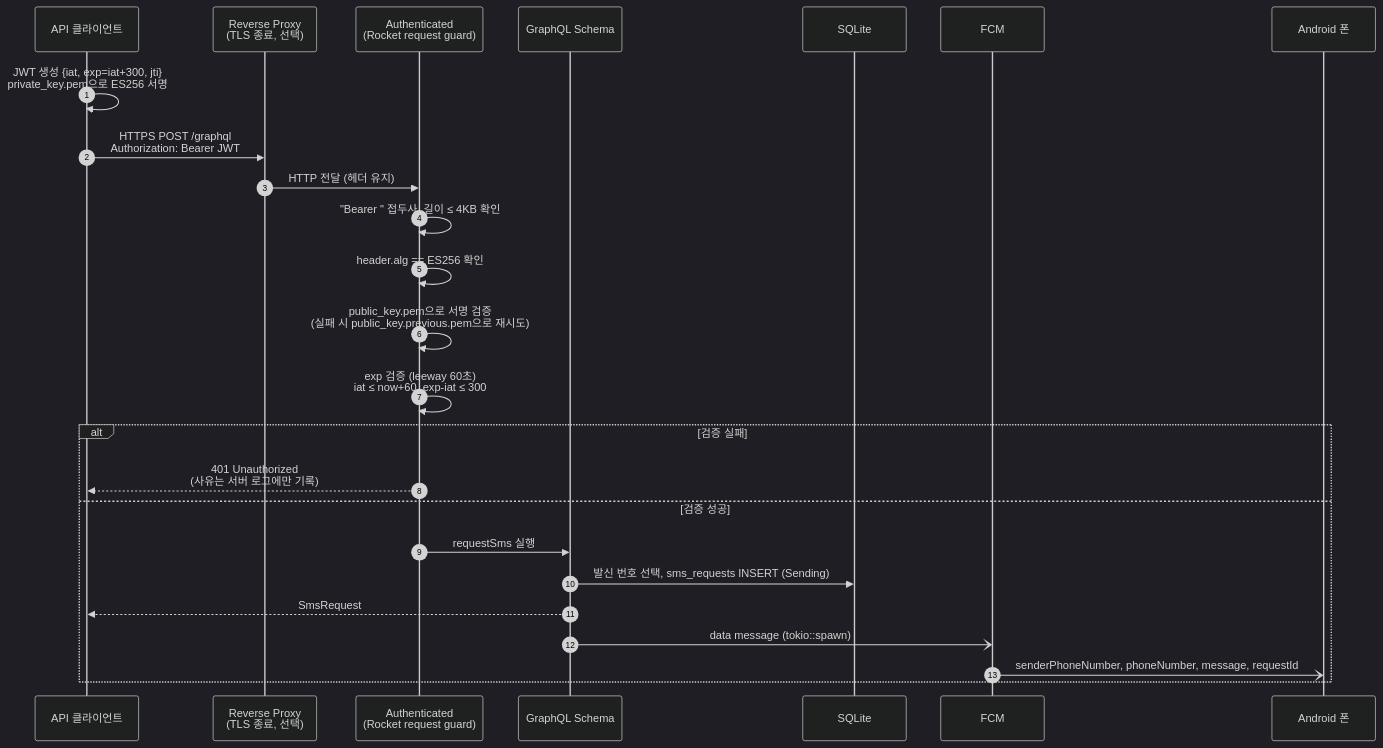
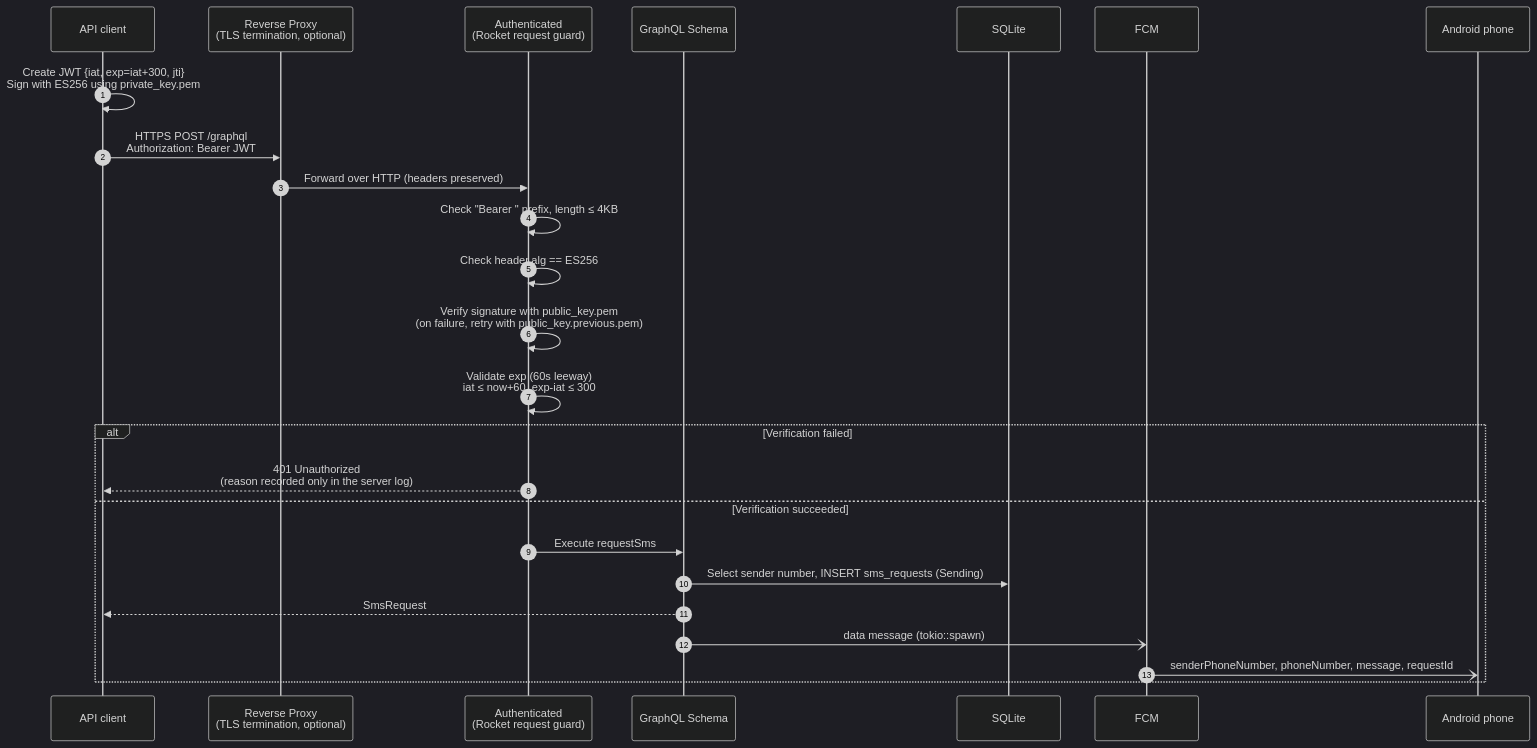
Before and after one commit to rouddy/sms_transmitter: the second of 4 diagrams in sms_transmitter_rocket/jwt_certificate.md, drawn with Mermaid (dark theme). The commit also changed other lines of this file and 3 other files, not shown here.

````diff
--- a/sms_transmitter_rocket/jwt_certificate.md
+++ b/sms_transmitter_rocket/jwt_certificate.md
@@ -89,30 +89,30 @@
 ```mermaid
 sequenceDiagram
     autonumber
-    participant Client as API 클라이언트
-    participant Proxy as Reverse Proxy<br/>(TLS 종료, 선택)
+    participant Client as API client
+    participant Proxy as Reverse Proxy<br/>(TLS termination, optional)
     participant Guard as Authenticated<br/>(Rocket request guard)
     participant Schema as GraphQL Schema
     participant DB as SQLite
     participant FCM as FCM
-    participant Phone as Android 폰
+    participant Phone as Android phone
 
-    Client->>Client: JWT 생성 {iat, exp=iat+300, jti}<br/>private_key.pem으로 ES256 서명
+    Client->>Client: Create JWT {iat, exp=iat+300, jti}<br/>Sign with ES256 using private_key.pem
     Client->>Proxy: HTTPS POST /graphql<br/>Authorization: Bearer JWT
-    Proxy->>Guard: HTTP 전달 (헤더 유지)
+    Proxy->>Guard: Forward over HTTP (headers preserved)
 
-    Guard->>Guard: "Bearer " 접두사, 길이 ≤ 4KB 확인
-    Guard->>Guard: header.alg == ES256 확인
-    Guard->>Guard: public_key.pem으로 서명 검증<br/>(실패 시 public_key.previous.pem으로 재시도)
-    Guard->>Guard: exp 검증 (leeway 60초)<br/>iat ≤ now+60, exp-iat ≤ 300
+    Guard->>Guard: Check "Bearer " prefix, length ≤ 4KB
+    Guard->>Guard: Check header.alg == ES256
+    Guard->>Guard: Verify signature with public_key.pem<br/>(on failure, retry with public_key.previous.pem)
+    Guard->>Guard: Validate exp (60s leeway)<br/>iat ≤ now+60, exp-iat ≤ 300
 
-    alt 검증 실패
-        Guard-->>Client: 401 Unauthorized<br/>(사유는 서버 로그에만 기록)
-    else 검증 성공
-        Guard->>Schema: requestSms 실행
-        Schema->>DB: 발신 번호 선택, sms_requests INSERT (Sending)
+    alt Verification failed
+        Guard-->>Client: 401 Unauthorized<br/>(reason recorded only in the server log)
+    else Verification succeeded
+        Guard->>Schema: Execute requestSms
+        Schema->>DB: Select sender number, INSERT sms_requests (Sending)
         Schema-->>Client: SmsRequest
         Schema-)FCM: data message (tokio::spawn)
         FCM-)Phone: senderPhoneNumber, phoneNumber, message, requestId
     end
 ```
````
